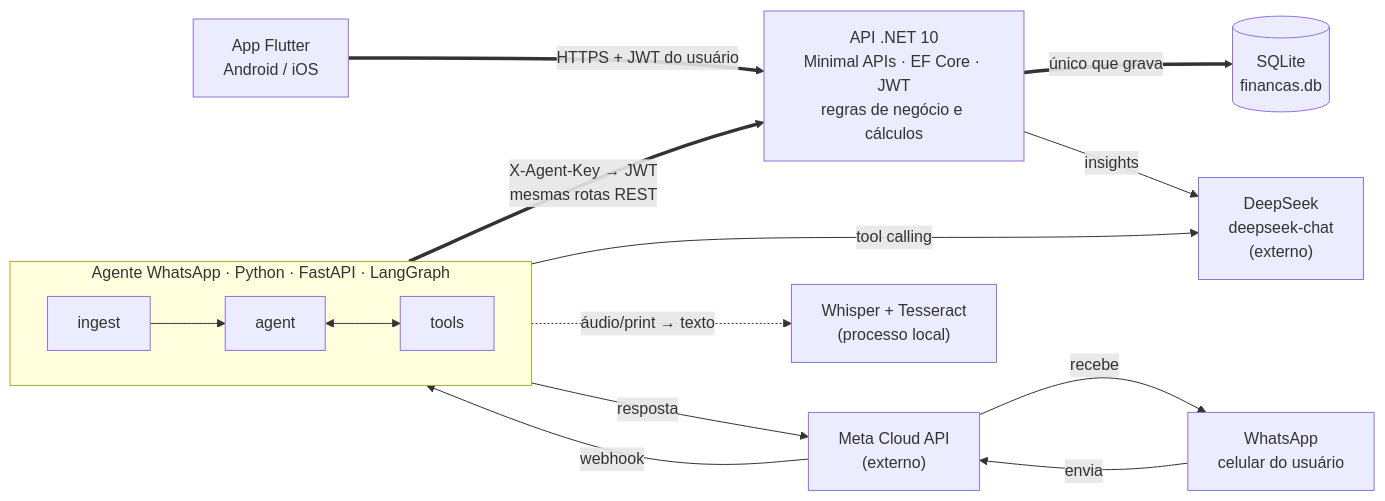
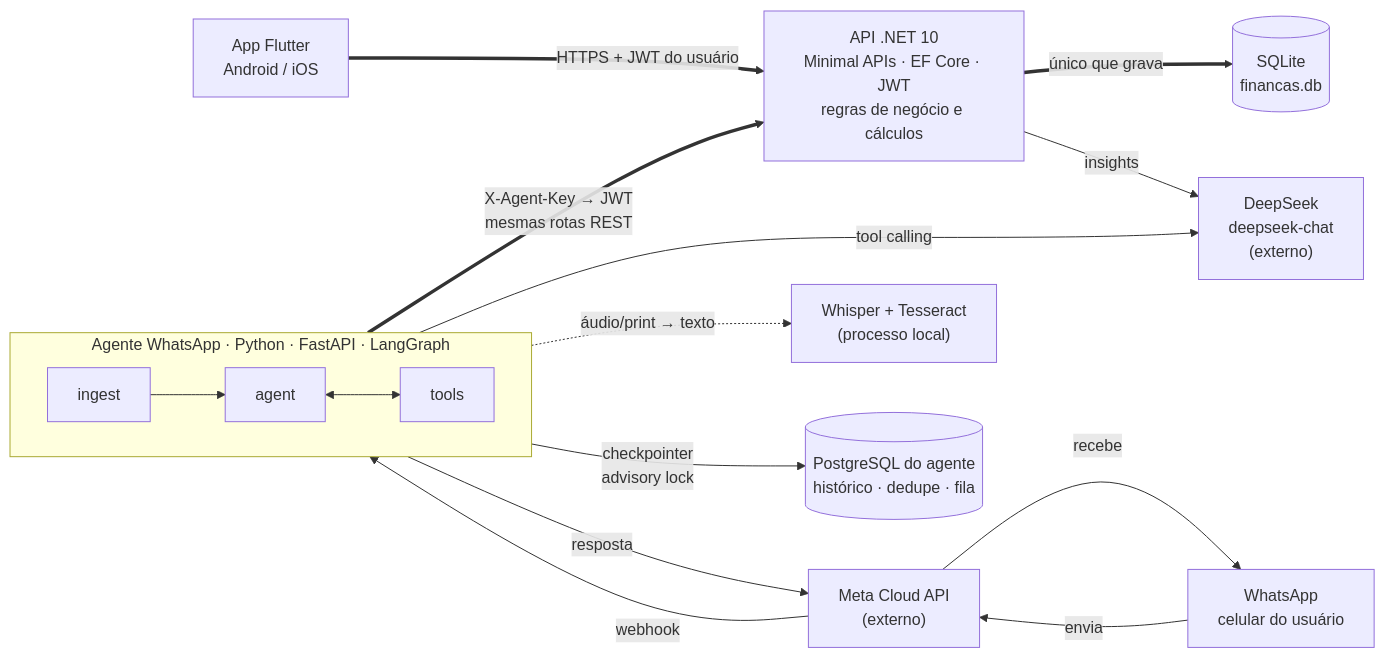
Before and after one commit to Williansouzh/economize: the first of 6 diagrams in docs/ARQUITETURA.md, drawn with Mermaid. The commit also changed other lines of this file and 26 other files, not shown here.

````diff
--- a/docs/ARQUITETURA.md
+++ b/docs/ARQUITETURA.md
@@ -21,26 +21,28 @@
 ```mermaid
 flowchart LR
   APP["App Flutter<br/>Android / iOS"]
   WA["WhatsApp<br/>celular do usuário"]
   META["Meta Cloud API<br/>(externo)"]
   API["API .NET 10<br/>Minimal APIs · EF Core · JWT<br/>regras de negócio e cálculos"]
   DB[("SQLite<br/>financas.db")]
   DS["DeepSeek<br/>deepseek-chat<br/>(externo)"]
   subgraph AGENTE["Agente WhatsApp · Python · FastAPI · LangGraph"]
     direction LR
     I[ingest] --> AG[agent]
     AG <--> T[tools]
   end
   MED["Whisper + Tesseract<br/>(processo local)"]
+  PG[("PostgreSQL do agente<br/>histórico · dedupe · fila")]
 
   APP == "HTTPS + JWT do usuário" ==> API
   API == "único que grava" ==> DB
   AGENTE == "X-Agent-Key → JWT<br/>mesmas rotas REST" ==> API
   API -- "insights" --> DS
   AGENTE -- "tool calling" --> DS
   WA -- "envia" --> META
   META -- "webhook" --> AGENTE
   AGENTE -- "resposta" --> META
   META -- "recebe" --> WA
   AGENTE -. "áudio/print → texto" .-> MED
+  AGENTE -- "checkpointer<br/>advisory lock" --> PG
 ```
````
